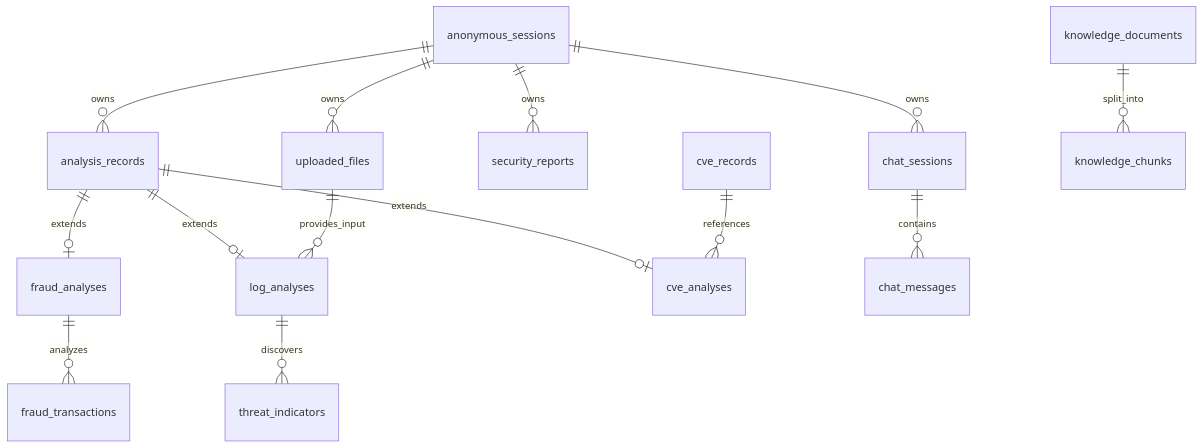
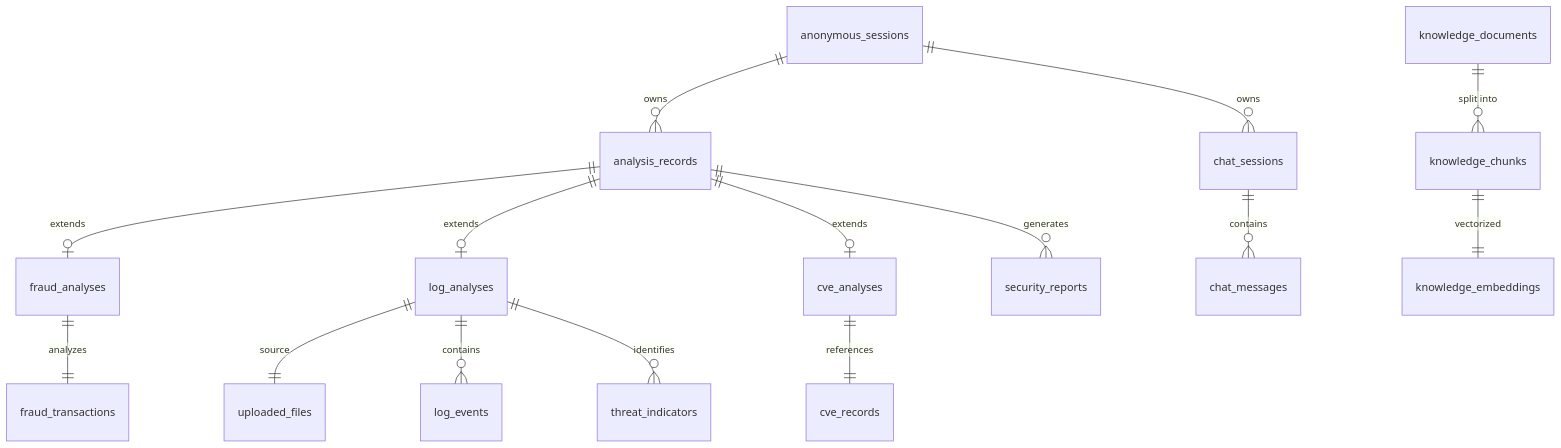
One commit to Vivekkaushik97/Sentrix_AI changed the diagram in docs/phase-0/04-database-design.md. Above: the diagram before and after it, drawn with Mermaid. The commit also changed other lines of this file and 439 other files, not shown here.

````diff
--- a/docs/phase-0/04-database-design.md
+++ b/docs/phase-0/04-database-design.md
@@ -67,22 +7,24 @@
 ```mermaid
 erDiagram
-    anonymous_sessions ||--o{ analysis_records : owns
-    anonymous_sessions ||--o{ chat_sessions : owns
-    anonymous_sessions ||--o{ security_reports : owns
-    anonymous_sessions ||--o{ uploaded_files : owns
-
-    analysis_records ||--o| fraud_analyses : extends
-    analysis_records ||--o| log_analyses : extends
-    analysis_records ||--o| cve_analyses : extends
-
-    fraud_analyses ||--o{ fraud_transactions : analyzes
+    anonymous_sessions ||--o{ analysis_records : "owns"
+    anonymous_sessions ||--o{ chat_sessions : "owns"
     
-    uploaded_files ||--o{ log_analyses : provides_input
-    log_analyses ||--o{ threat_indicators : discovers
-
-    cve_records ||--o{ cve_analyses : references
-
-    chat_sessions ||--o{ chat_messages : contains
-
-    knowledge_documents ||--o{ knowledge_chunks : split_into
+    analysis_records ||--o| fraud_analyses : "extends"
+    analysis_records ||--o| log_analyses : "extends"
+    analysis_records ||--o| cve_analyses : "extends"
+    
+    fraud_analyses ||--|| fraud_transactions : "analyzes"
+    
+    log_analyses ||--|| uploaded_files : "source"
+    log_analyses ||--o{ log_events : "contains"
+    log_analyses ||--o{ threat_indicators : "identifies"
+    
+    cve_analyses ||--|| cve_records : "references"
+    
+    chat_sessions ||--o{ chat_messages : "contains"
+    
+    analysis_records ||--o{ security_reports : "generates"
+    
+    knowledge_documents ||--o{ knowledge_chunks : "split into"
+    knowledge_chunks ||--|| knowledge_embeddings : "vectorized"
 ```
````
